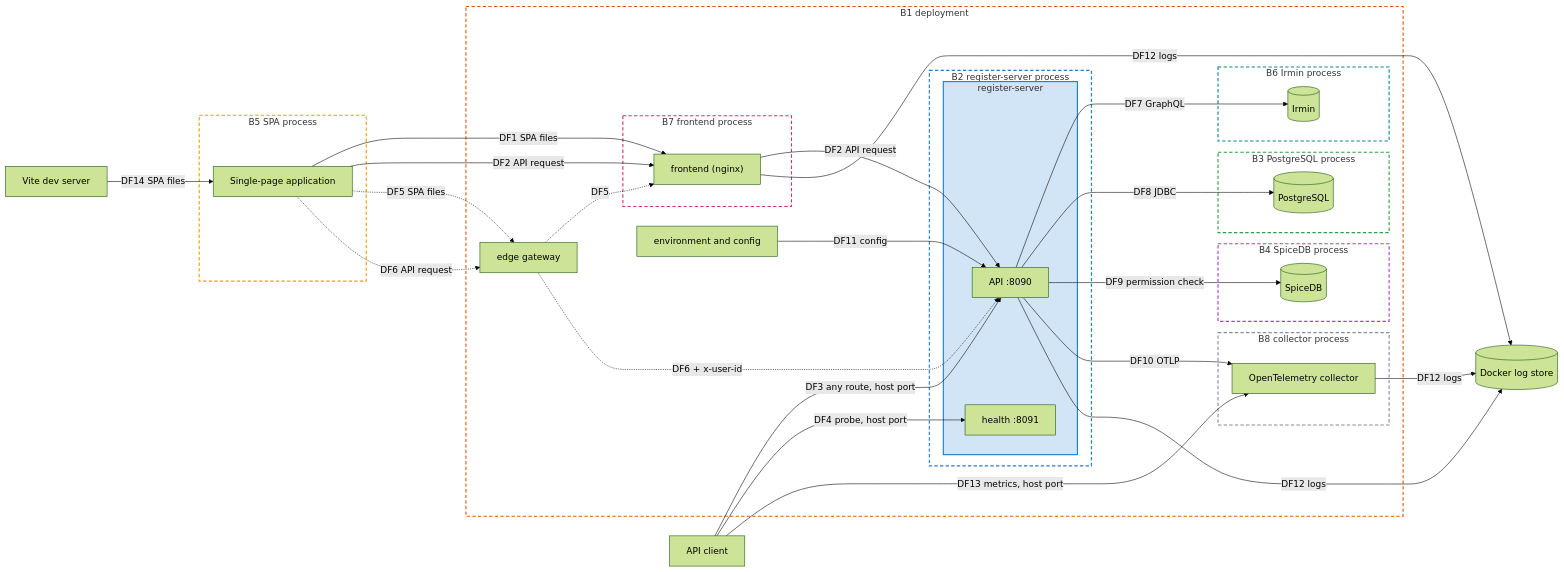
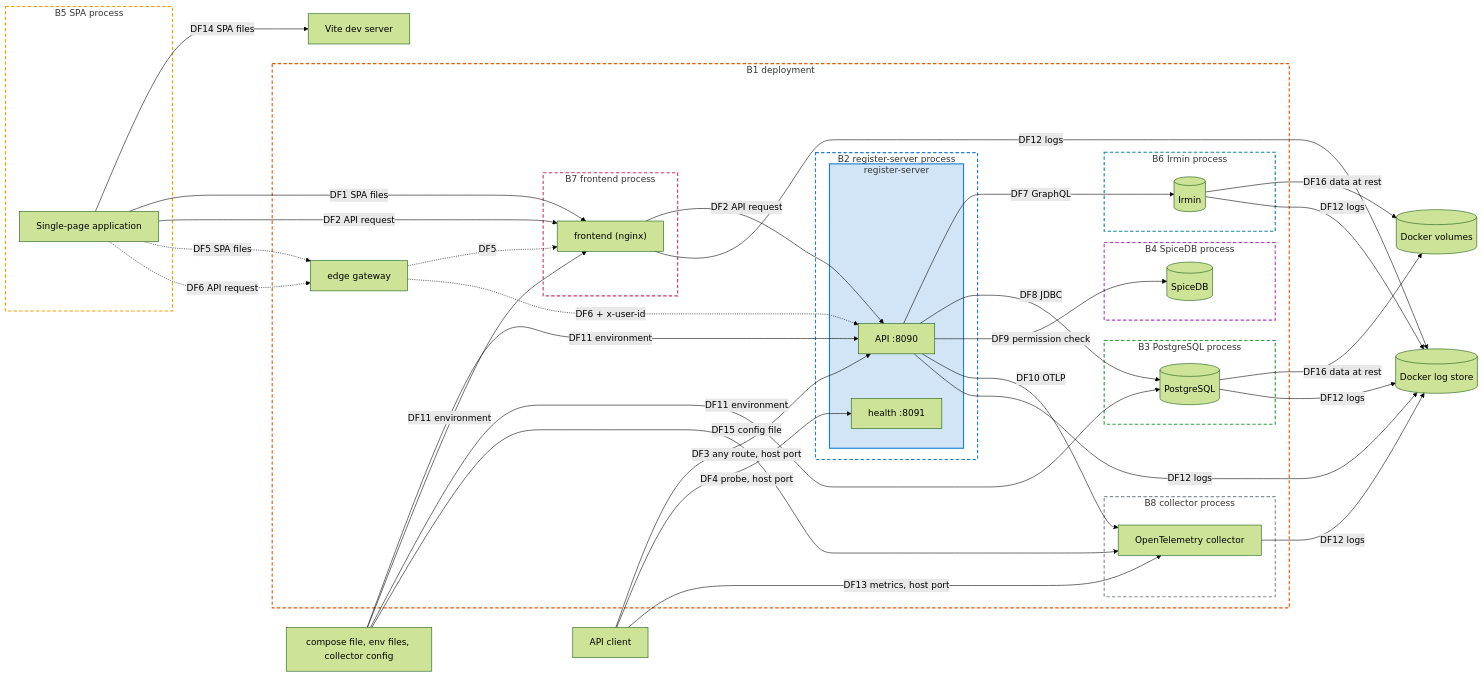
The diagram in docs/dev/threat-models/APPLICATION-TM.md (risquanter/register), drawn with Mermaid (forest theme) before and after one commit. The commit also changed other lines of this file and 3 other files, not shown here.

Commit message:
threat-models: APPLICATION-TM re-checked to stage 5, flows DF15 to DF18, assessed line with version, commit and stage; STRIDE-per-element table; scratch: likelihood from a rate

````diff
--- a/docs/dev/threat-models/APPLICATION-TM.md
+++ b/docs/dev/threat-models/APPLICATION-TM.md
@@ -244,72 +268,80 @@
 ```mermaid
 flowchart LR
   CLIENT["API client"]
   VITE["Vite dev server"]
   LOGS[("Docker log store")]
+  VOL[("Docker volumes")]
+  ENV["compose file, env files, collector config"]
 
   subgraph B5["B5 SPA process"]
     SPA["Single-page application"]
   end
 
   subgraph B1["B1 deployment"]
     GW["edge gateway"]
-    ENV["environment and config"]
 
     subgraph B7["B7 frontend process"]
       NGINX["frontend (nginx)"]
     end
 
     subgraph B2["B2 register-server process"]
       subgraph RS["register-server"]
         API["API :8090"]
         HEALTH["health :8091"]
       end
     end
 
     subgraph B6["B6 Irmin process"]
       IRMIN[("Irmin")]
     end
 
     subgraph B3["B3 PostgreSQL process"]
       PG[("PostgreSQL")]
     end
 
     subgraph B4["B4 SpiceDB process"]
       SPICEDB[("SpiceDB")]
     end
 
     subgraph B8["B8 collector process"]
       OTEL["OpenTelemetry collector"]
     end
   end
 
-  VITE -- "DF14 SPA files" --> SPA
+  SPA -- "DF14 SPA files" --> VITE
   SPA -- "DF1 SPA files" --> NGINX
   SPA -- "DF2 API request" --> NGINX
   NGINX -- "DF2 API request" --> API
   CLIENT -- "DF3 any route, host port" --> API
   CLIENT -- "DF4 probe, host port" --> HEALTH
   CLIENT -- "DF13 metrics, host port" --> OTEL
   SPA -. "DF5 SPA files" .-> GW
   GW -. "DF5" .-> NGINX
   SPA -. "DF6 API request" .-> GW
   GW -. "DF6 + x-user-id" .-> API
   API -- "DF7 GraphQL" --> IRMIN
   API -- "DF8 JDBC" --> PG
   API -- "DF9 permission check" --> SPICEDB
   API -- "DF10 OTLP" --> OTEL
-  ENV -- "DF11 config" --> API
+  ENV -- "DF11 environment" --> API
+  ENV -- "DF11 environment" --> NGINX
+  ENV -- "DF11 environment" --> PG
+  ENV -- "DF15 config file" --> OTEL
+  IRMIN -- "DF16 data at rest" --> VOL
+  PG -- "DF16 data at rest" --> VOL
   NGINX -- "DF12 logs" --> LOGS
   API -- "DF12 logs" --> LOGS
   OTEL -- "DF12 logs" --> LOGS
+  IRMIN -- "DF12 logs" --> LOGS
+  PG -- "DF12 logs" --> LOGS
 
   style B1 fill:none,stroke:#e8590c,stroke-width:2px,stroke-dasharray:6 4
   style B2 fill:none,stroke:#1c7ed6,stroke-width:2px,stroke-dasharray:6 4
   style B3 fill:none,stroke:#2f9e44,stroke-width:2px,stroke-dasharray:6 4
   style B4 fill:none,stroke:#ae3ec9,stroke-width:2px,stroke-dasharray:6 4
   style B5 fill:none,stroke:#f59f00,stroke-width:2px,stroke-dasharray:6 4
   style B6 fill:none,stroke:#0c8599,stroke-width:2px,stroke-dasharray:6 4
   style B7 fill:none,stroke:#d6336c,stroke-width:2px,stroke-dasharray:6 4
   style B8 fill:none,stroke:#868e96,stroke-width:2px,stroke-dasharray:6 4
   style RS fill:#1c7ed633,stroke:#1c7ed6,stroke-width:2px
 ```
````
